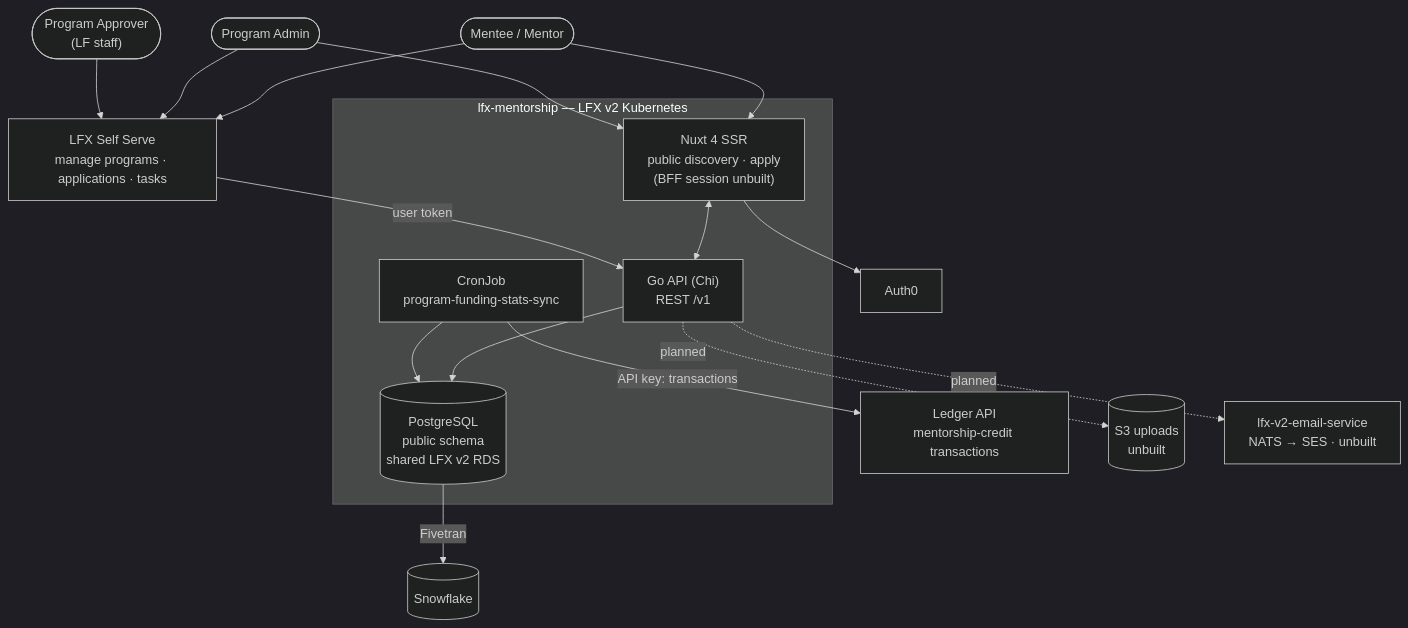
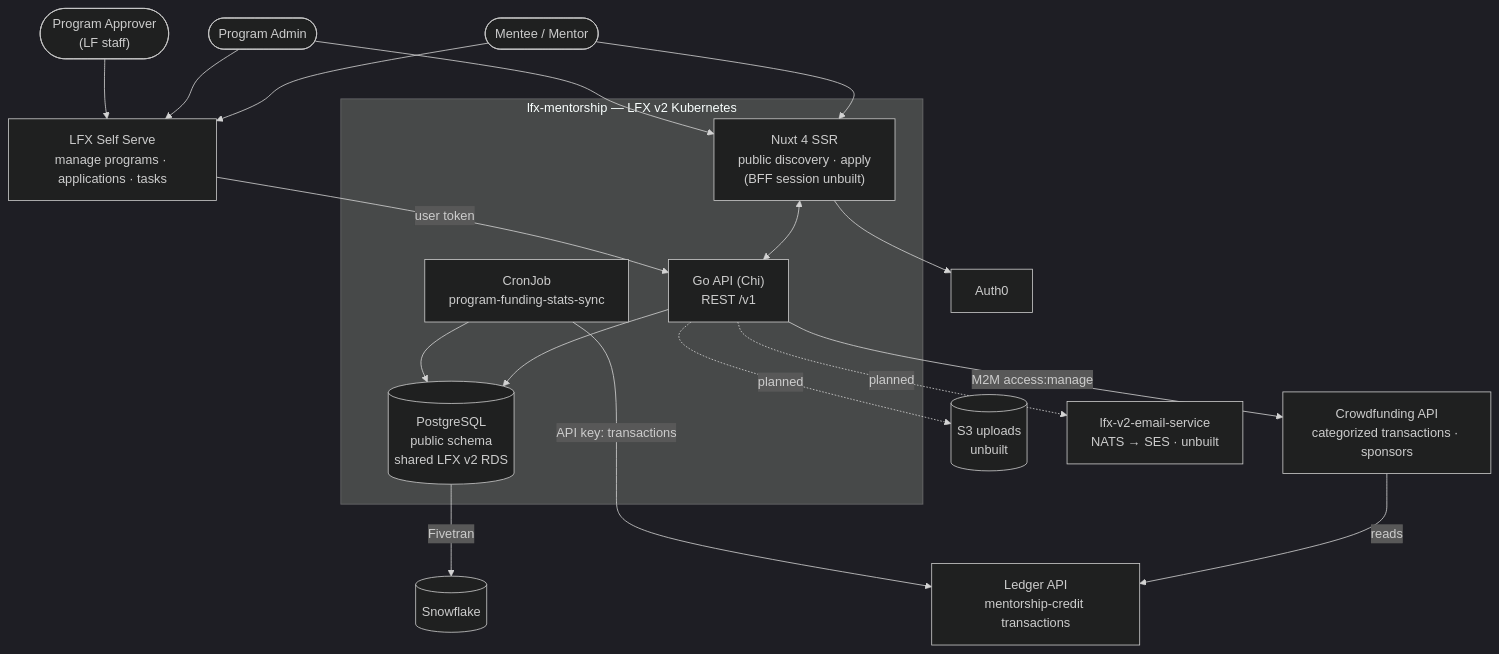
One commit to linuxfoundation/lfx-mentorship changed the diagram in ARCHITECTURE.md. Above: the diagram before and after it, drawn with Mermaid (dark theme). The commit also changed other lines of this file, not shown here.

````diff
--- a/ARCHITECTURE.md
+++ b/ARCHITECTURE.md
@@ -41,32 +41,35 @@
 ```mermaid
 flowchart TB
     USERS(["Mentee / Mentor"])
     ADMIN(["Program Admin"])
     APPROVER(["Program Approver<br/>(LF staff)"])
 
     subgraph K8S["lfx-mentorship — LFX v2 Kubernetes"]
         NUXT["Nuxt 4 SSR<br/>public discovery · apply<br/>(BFF session unbuilt)"]
         API["Go API (Chi)<br/>REST /v1"]
         PG[("PostgreSQL<br/>public schema<br/>shared LFX v2 RDS")]
         CRON["CronJob<br/>program-funding-stats-sync"]
     end
 
     SS["LFX Self Serve<br/>manage programs · applications · tasks"]
     AUTH0["Auth0"]
     LEDGER["Ledger API<br/>mentorship-credit transactions"]
+    CF["Crowdfunding API<br/>categorized transactions · sponsors"]
     S3[("S3 uploads<br/>unbuilt")]
     EMAIL["lfx-v2-email-service<br/>NATS → SES · unbuilt"]
     SF[("Snowflake")]
 
     USERS & ADMIN --> NUXT
     USERS & ADMIN & APPROVER --> SS
     NUXT <--> API
     NUXT --> AUTH0
     SS -- "user token" --> API
     API --> PG
     API -. "planned" .-> S3
     API -. "planned" .-> EMAIL
+    API -- "M2M access:manage" --> CF
+    CF -- "reads" --> LEDGER
     CRON -- "API key: transactions" --> LEDGER
     CRON --> PG
     PG -- "Fivetran" --> SF
 ```
````
